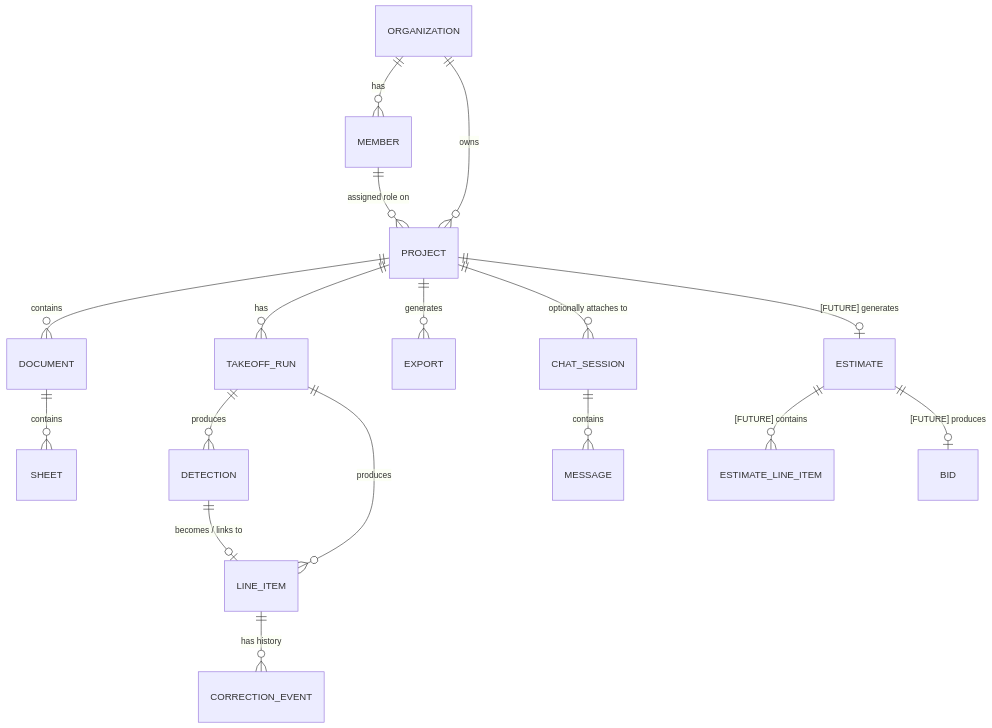
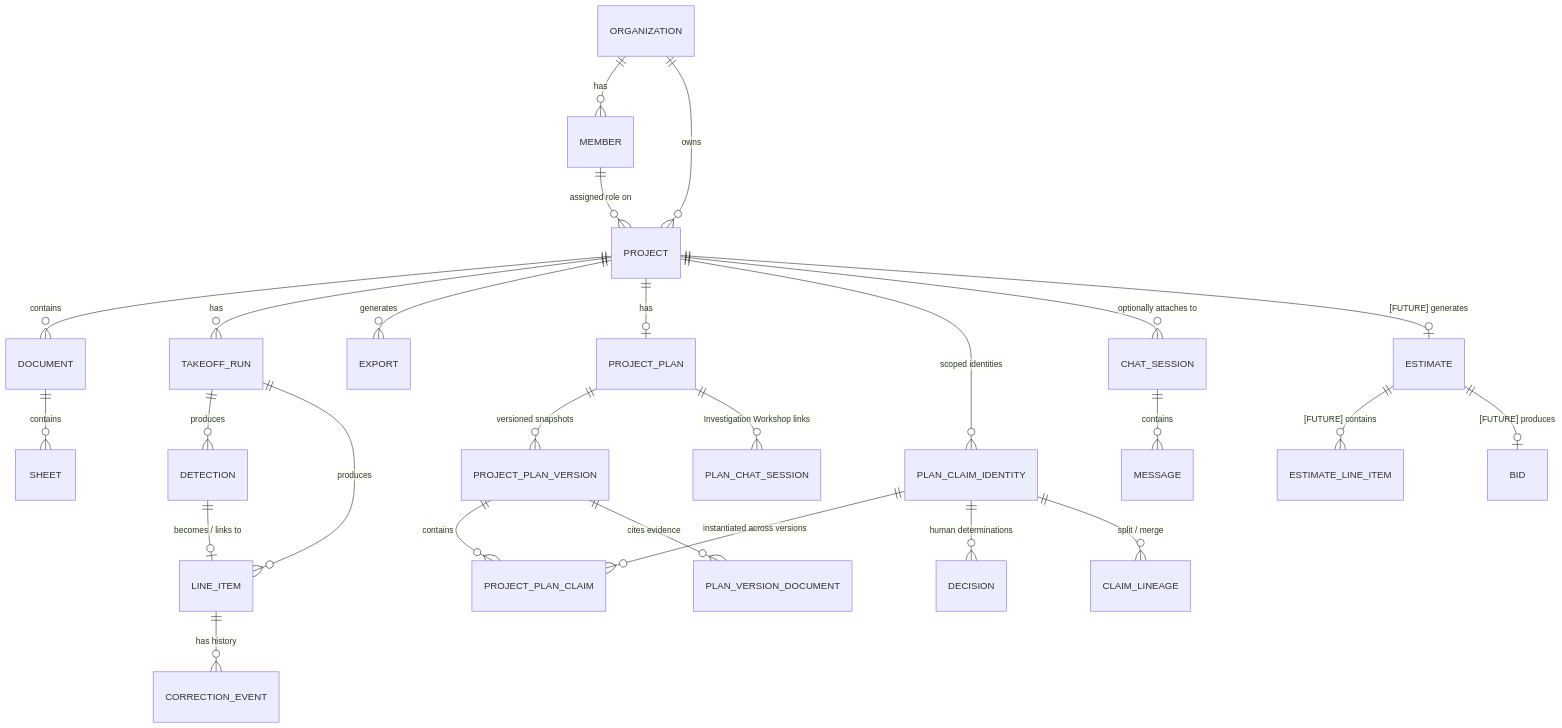
The diagram in docs/03_ARCHITECTURE/DATA_MODEL.md (HardikBhaskar2010/Vectoris), drawn with Mermaid before and after one commit. The commit also changed other lines of this file and 49 other files, not shown here.

Commit message:
release: Vectoris v0.2.3 — Forgot password flow, custom desktop context menu, and build release

````diff
--- a/docs/03_ARCHITECTURE/DATA_MODEL.md
+++ b/docs/03_ARCHITECTURE/DATA_MODEL.md
@@ -11,19 +11,28 @@
 ```mermaid
 erDiagram
     ORGANIZATION ||--o{ MEMBER : has
     ORGANIZATION ||--o{ PROJECT : owns
     PROJECT ||--o{ DOCUMENT : contains
     DOCUMENT ||--o{ SHEET : contains
     PROJECT ||--o{ TAKEOFF_RUN : has
     TAKEOFF_RUN ||--o{ DETECTION : produces
     TAKEOFF_RUN ||--o{ LINE_ITEM : produces
     DETECTION ||--o| LINE_ITEM : "becomes / links to"
     LINE_ITEM ||--o{ CORRECTION_EVENT : "has history"
     PROJECT ||--o{ EXPORT : generates
+    PROJECT ||--o| PROJECT_PLAN : has
+    PROJECT_PLAN ||--o{ PROJECT_PLAN_VERSION : "versioned snapshots"
+    PROJECT ||--o{ PLAN_CLAIM_IDENTITY : "scoped identities"
+    PROJECT_PLAN_VERSION ||--o{ PROJECT_PLAN_CLAIM : contains
+    PLAN_CLAIM_IDENTITY ||--o{ PROJECT_PLAN_CLAIM : "instantiated across versions"
+    PLAN_CLAIM_IDENTITY ||--o{ DECISION : "human determinations"
+    PLAN_CLAIM_IDENTITY ||--o{ CLAIM_LINEAGE : "split / merge"
+    PROJECT_PLAN_VERSION ||--o{ PLAN_VERSION_DOCUMENT : "cites evidence"
+    PROJECT_PLAN ||--o{ PLAN_CHAT_SESSION : "Investigation Workshop links"
     PROJECT ||--o{ CHAT_SESSION : "optionally attaches to"
     CHAT_SESSION ||--o{ MESSAGE : contains
     MEMBER ||--o{ PROJECT : "assigned role on"
     PROJECT ||--o| ESTIMATE : "[FUTURE] generates"
     ESTIMATE ||--o{ ESTIMATE_LINE_ITEM : "[FUTURE] contains"
     ESTIMATE ||--o| BID : "[FUTURE] produces"
 ```
````
